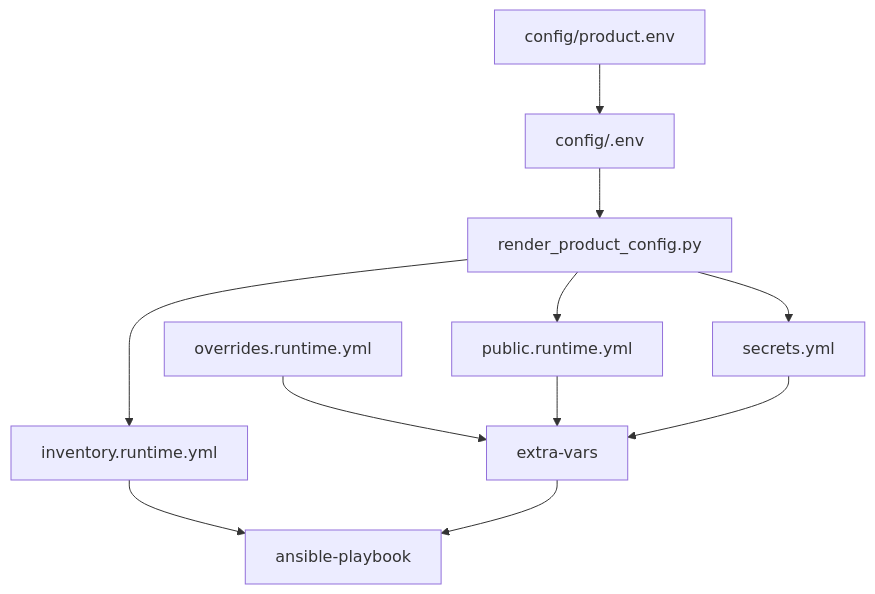
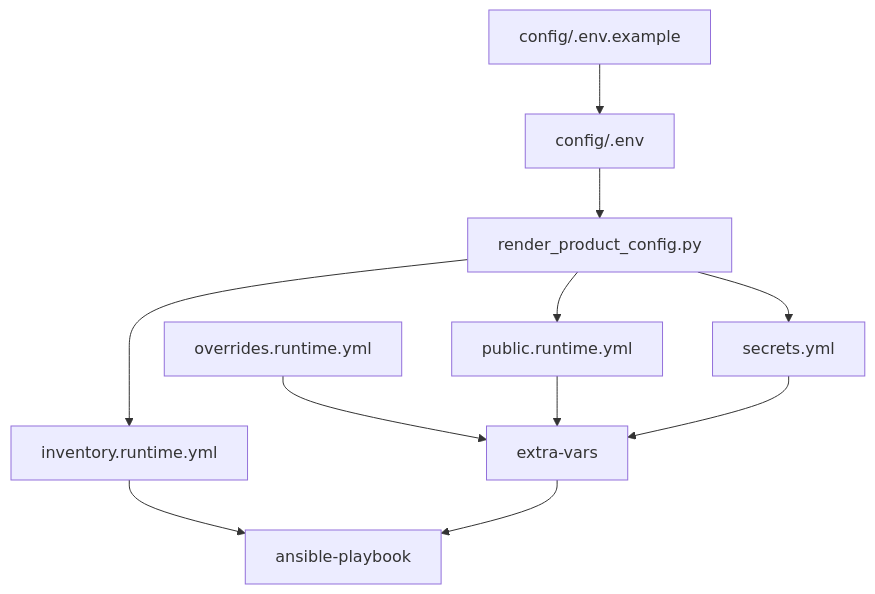
Before and after one commit to renatovaladares85/glpi-operations-kit: the second of 5 diagrams in docs/architecture/en/architecture-and-contribution.md, drawn with Mermaid. The commit also changed other lines of this file and 22 other files, not shown here.

````diff
--- a/docs/architecture/en/architecture-and-contribution.md
+++ b/docs/architecture/en/architecture-and-contribution.md
@@ -84,13 +84,13 @@
 ```mermaid
 flowchart TD
-  ProductEnv["config/product.env"] --> EnvFile["config/<environment>.env"]
+  ProductEnv["config/.env.example"] --> EnvFile["config/<environment>.env"]
   EnvFile --> Renderer["render_product_config.py"]
   Renderer --> PublicRuntime["public.runtime.yml"]
   Renderer --> Inventory["inventory.runtime.yml"]
   Renderer --> Secrets["secrets.yml"]
   RuntimeOverrides["overrides.runtime.yml"] --> AnsibleVars["extra-vars"]
   PublicRuntime --> AnsibleVars
   Secrets --> AnsibleVars
   Inventory --> Ansible["ansible-playbook"]
   AnsibleVars --> Ansible
 ```
````
